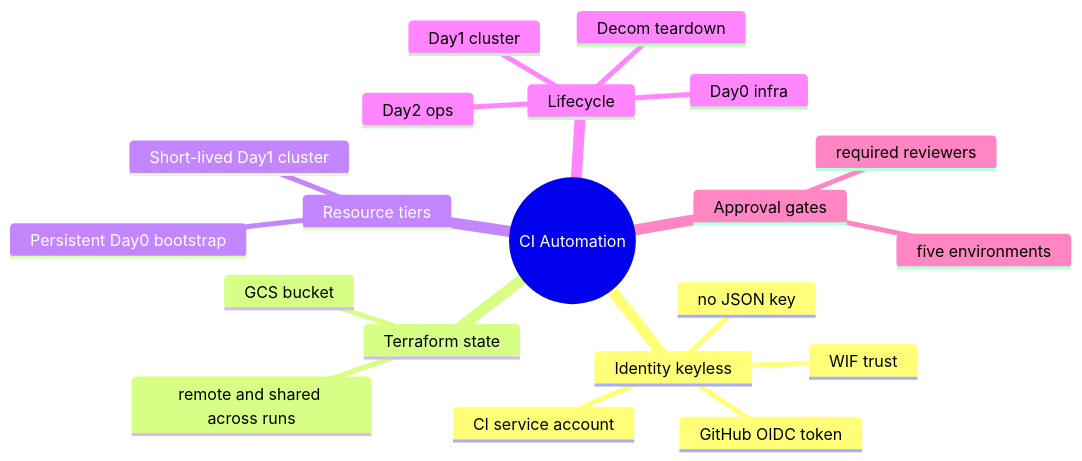
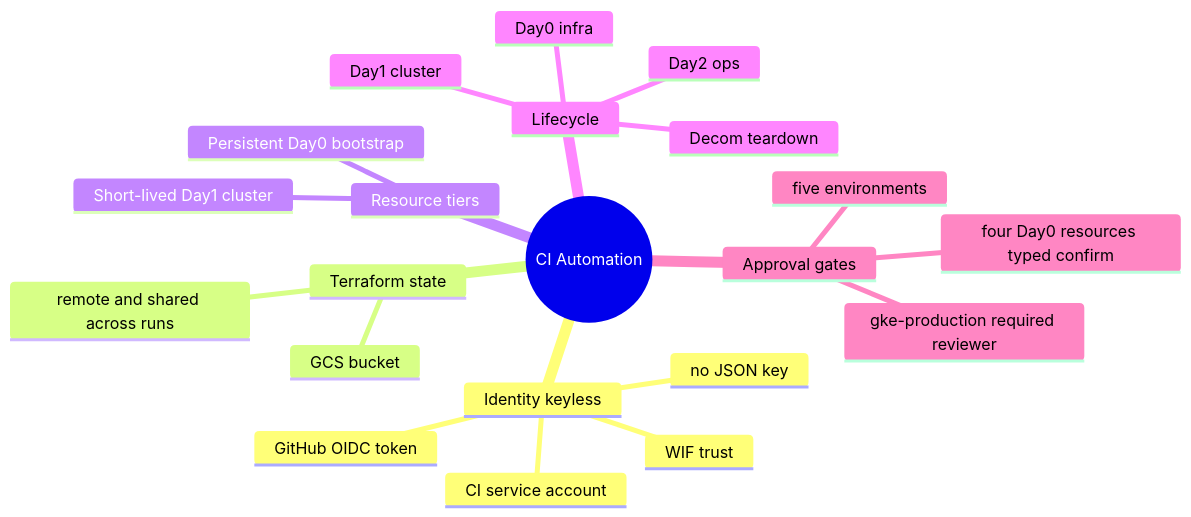
One commit to nubenetes/jenkins-2026 changed the first of 4 diagrams in docs/102-GITHUB_ACTIONS_AUTOMATION.md. Above: the diagram before and after it, drawn with Mermaid. The commit also changed other lines of this file and 11 other files, not shown here.

````diff
--- a/docs/102-GITHUB_ACTIONS_AUTOMATION.md
+++ b/docs/102-GITHUB_ACTIONS_AUTOMATION.md
@@ -24,23 +24,24 @@
 ```mermaid
 mindmap
   root((CI Automation))
     Identity keyless
       WIF trust
       CI service account
       GitHub OIDC token
       no JSON key
     Terraform state
       GCS bucket
       remote and shared across runs
     Resource tiers
       Persistent Day0 bootstrap
       Short-lived Day1 cluster
     Lifecycle
       Day0 infra
       Day1 cluster
       Day2 ops
       Decom teardown
     Approval gates
       five environments
-      required reviewers
+      gke-production required reviewer
+      four Day0 resources typed confirm
 ```
````
